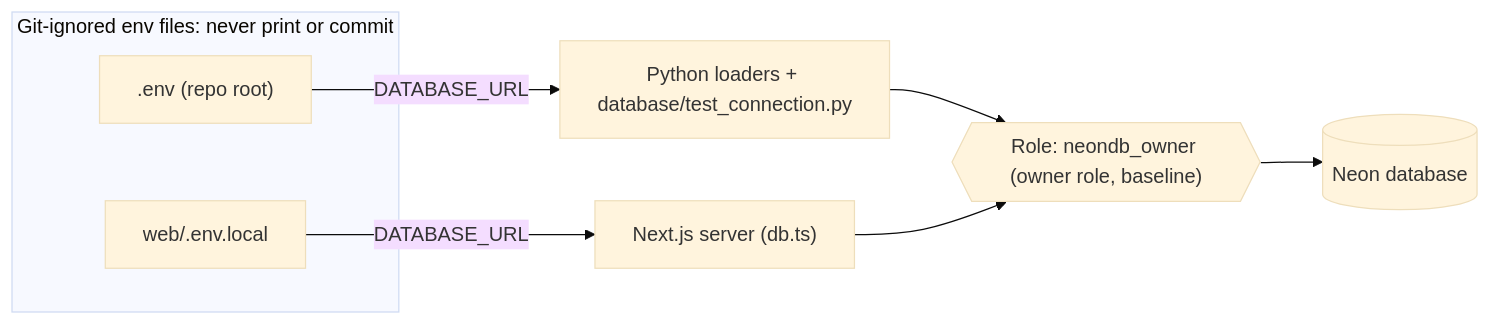
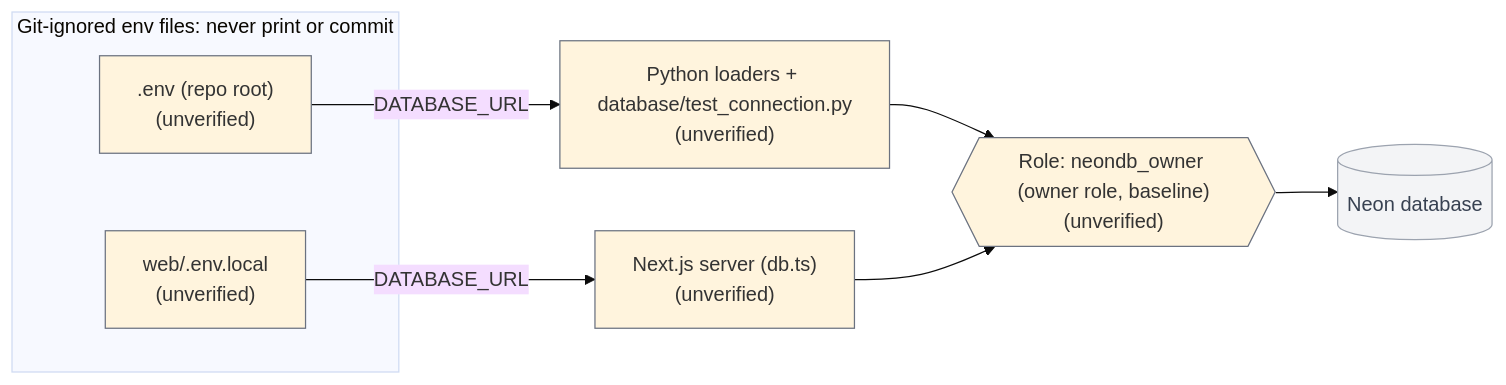
One commit to adrianfarhat/orlando-infrastructure-etl changed the second of 5 diagrams in docs/architecture/system-architecture.md. Above: the diagram before and after it, drawn with Mermaid (base theme). The commit also changed other lines of this file and 7 other files, not shown here.

First line of the commit message:
Move task status to GitHub Project, add docs conventions, and correct ETL diagram accuracy (#2)

````diff
--- a/docs/architecture/system-architecture.md
+++ b/docs/architecture/system-architecture.md
@@ -69,13 +84,21 @@
 ```mermaid
 flowchart LR
+  %% diagram-type: architecture
   subgraph SECRETS["Git-ignored env files: never print or commit"]
-    E1[".env (repo root)"]
-    E2["web/.env.local"]
+    E1[".env (repo root)<br/>(unverified)"]
+    E2["web/.env.local<br/>(unverified)"]
   end
-  ROLE{{"Role: neondb_owner (owner role, baseline)"}}
-  E1 -->|"DATABASE_URL"| ETL["Python loaders + database/test_connection.py"]
-  E2 -->|"DATABASE_URL"| APP["Next.js server (db.ts)"]
+  ROLE{{"Role: neondb_owner (owner role, baseline)<br/>(unverified)"}}
+  E1 -->|"DATABASE_URL"| ETL["Python loaders + database/test_connection.py<br/>(unverified)"]
+  E2 -->|"DATABASE_URL"| APP["Next.js server (db.ts)<br/>(unverified)"]
   ETL --> ROLE
   APP --> ROLE
   ROLE --> NEON[("Neon database")]
+
+  classDef verified stroke:#111827,stroke-width:3px
+  classDef unverified stroke:#6b7280,stroke-width:1px
+  classDef planned stroke:#6b7280,stroke-width:1px,stroke-dasharray:6 4
+  classDef external fill:#f3f4f6,stroke:#9ca3af,color:#374151
+  class E1,E2,ROLE,ETL,APP unverified
+  class NEON external
 ```
````
